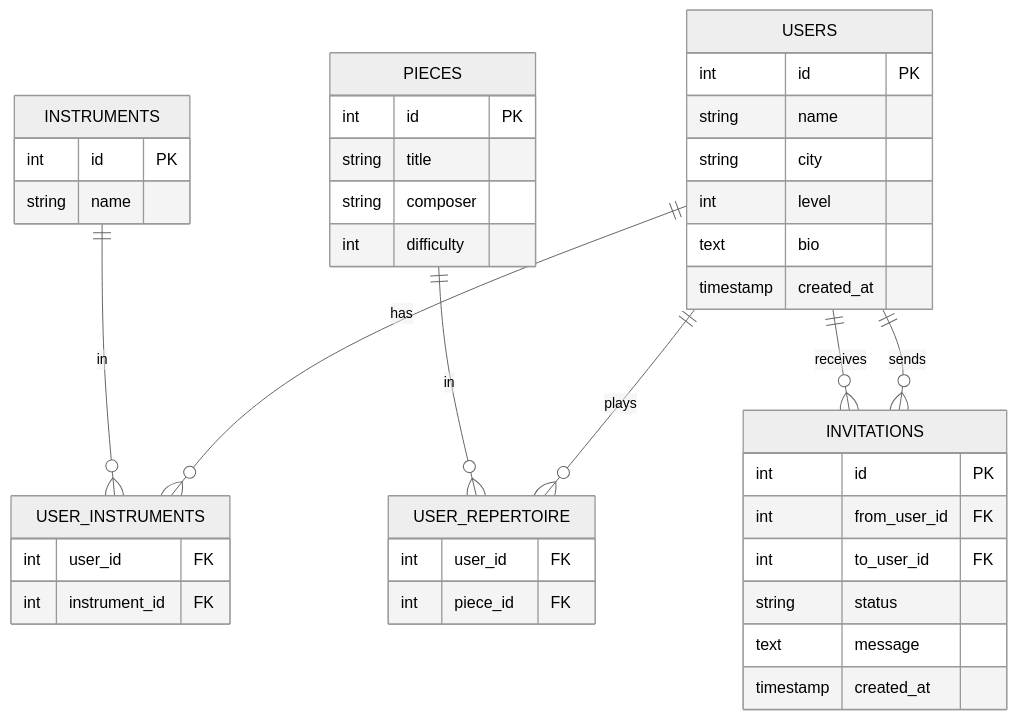
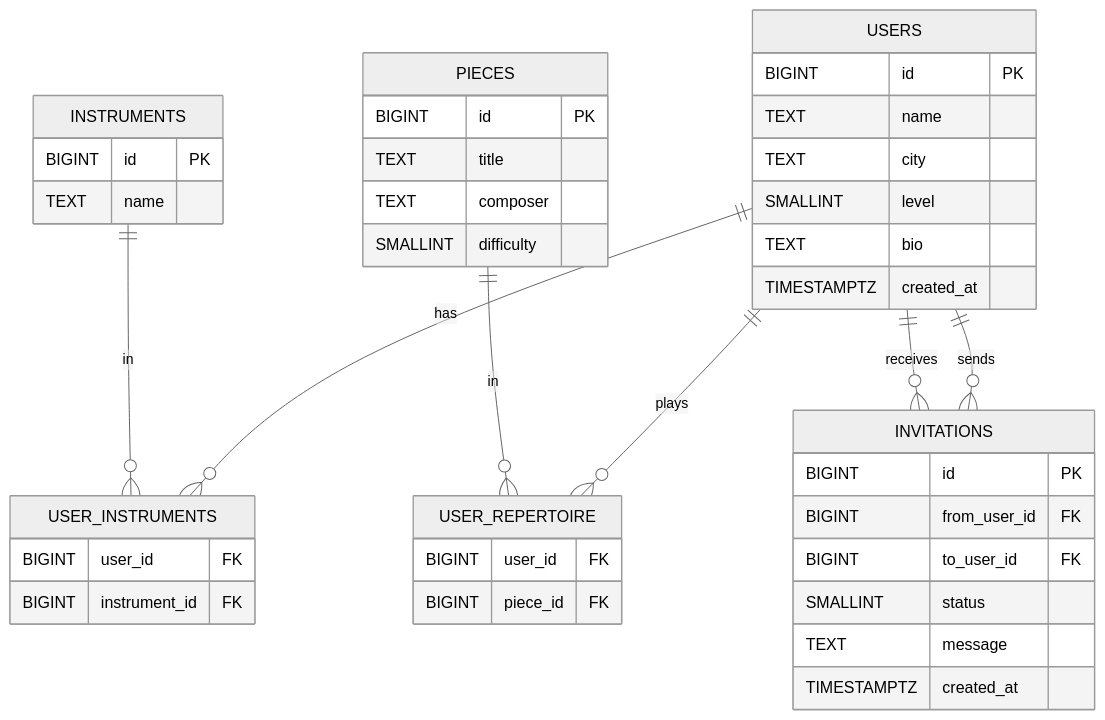
One commit to pilot53201/ensemble-finder changed the second of 2 diagrams in README.md. Above: the diagram before and after it, drawn with Mermaid (neutral theme). The commit also changed other lines of this file, not shown here.

````diff
--- a/README.md
+++ b/README.md
@@ -42,44 +42,44 @@
 ```mermaid
 erDiagram
     USERS ||--o{ UI : has
     INSTRUMENTS ||--o{ UI : in
     USERS ||--o{ UR : plays
     PIECES ||--o{ UR : in
     USERS ||--o{ INV : sends
     USERS ||--o{ INV : receives
 
     USERS {
-        int id PK
-        string name
-        string city
-        int level
-        text bio
-        timestamp created_at
+        BIGINT id PK
+        TEXT name
+        TEXT city
+        SMALLINT level
+        TEXT bio
+        TIMESTAMPTZ created_at
     }
     INSTRUMENTS {
-        int id PK
-        string name
+        BIGINT id PK
+        TEXT name
     }
     PIECES {
-        int id PK
-        string title
-        string composer
-        int difficulty
+        BIGINT id PK
+        TEXT title
+        TEXT composer
+        SMALLINT difficulty
     }
     UI["USER_INSTRUMENTS"] {
-        int user_id FK
-        int instrument_id FK
+        BIGINT user_id FK
+        BIGINT instrument_id FK
     }
     UR["USER_REPERTOIRE"] {
-        int user_id FK
-        int piece_id FK
+        BIGINT user_id FK
+        BIGINT piece_id FK
     }
     INV["INVITATIONS"] {
-        int id PK
-        int from_user_id FK
-        int to_user_id FK
-        string status
-        text message
-        timestamp created_at
+        BIGINT id PK
+        BIGINT from_user_id FK
+        BIGINT to_user_id FK
+        SMALLINT status
+        TEXT message
+        TIMESTAMPTZ created_at
     }
 ```
````
